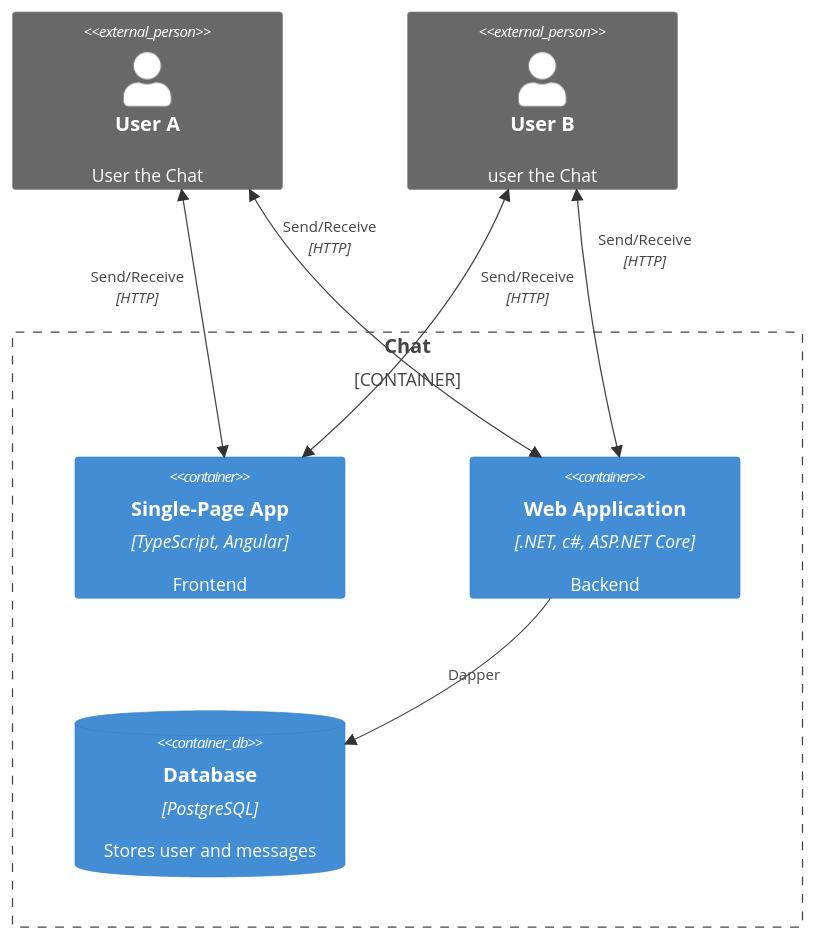
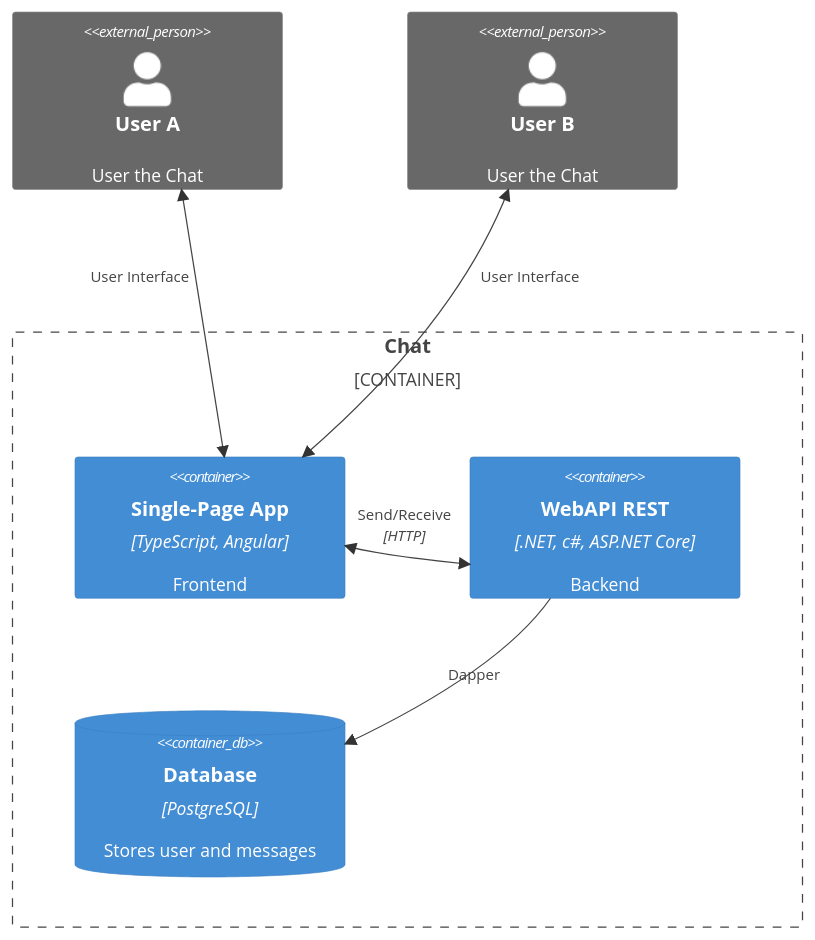
The third of 3 diagrams in README.md (jeziellins/chatDemo), drawn with Mermaid before and after one commit.

Commit message:
Ajustando README.md

````diff
--- a/README.md
+++ b/README.md
@@ -56,23 +56,21 @@
 ```mermaid
     C4Container
       Person_Ext(customerA, "User A", "User the Chat")        
-      Person_Ext(customerB, "User B", "user the Chat")
+      Person_Ext(customerB, "User B", "User the Chat")
 
       Container_Boundary(c1, "Chat") {
         Container(spa, "Single-Page App", "TypeScript, Angular", "Frontend")
-        Container(web_app, "Web Application", ".NET, c#, ASP.NET Core", "Backend")
+        Container(web_app, "WebAPI REST", ".NET, c#, ASP.NET Core", "Backend")
         ContainerDb(database, "Database", "PostgreSQL", "Stores user and messages")
       }
 
-      BiRel(customerA, spa, "Send/Receive", "HTTP")
-      BiRel(customerB, spa, "Send/Receive", "HTTP")
-      BiRel(customerA, web_app, "Send/Receive", "HTTP")
-      BiRel(customerB, web_app, "Send/Receive", "HTTP")
+      BiRel(customerA, spa, "User Interface")
+      BiRel(customerB, spa, "User Interface")
+      BiRel(spa, web_app, "Send/Receive", "HTTP")
       Rel(web_app, database, "Dapper")
       UpdateRelStyle(customerA, spa, $offsetY="-40", $offsetX="-90")
       UpdateRelStyle(customerB, spa, $offsetY="-40", $offsetX="60")   
-      UpdateRelStyle(customerA, web_app, $offsetY="-80", $offsetX="-90")
-      UpdateRelStyle(customerB, web_app, $offsetY="-70", $offsetX="0")      
+      UpdateRelStyle(spa, web_app, $offsetY="-35", $offsetX="-40")
 
       UpdateLayoutConfig($c4ShapeInRow="2", $c4BoundaryInRow="1")
 ```
````
